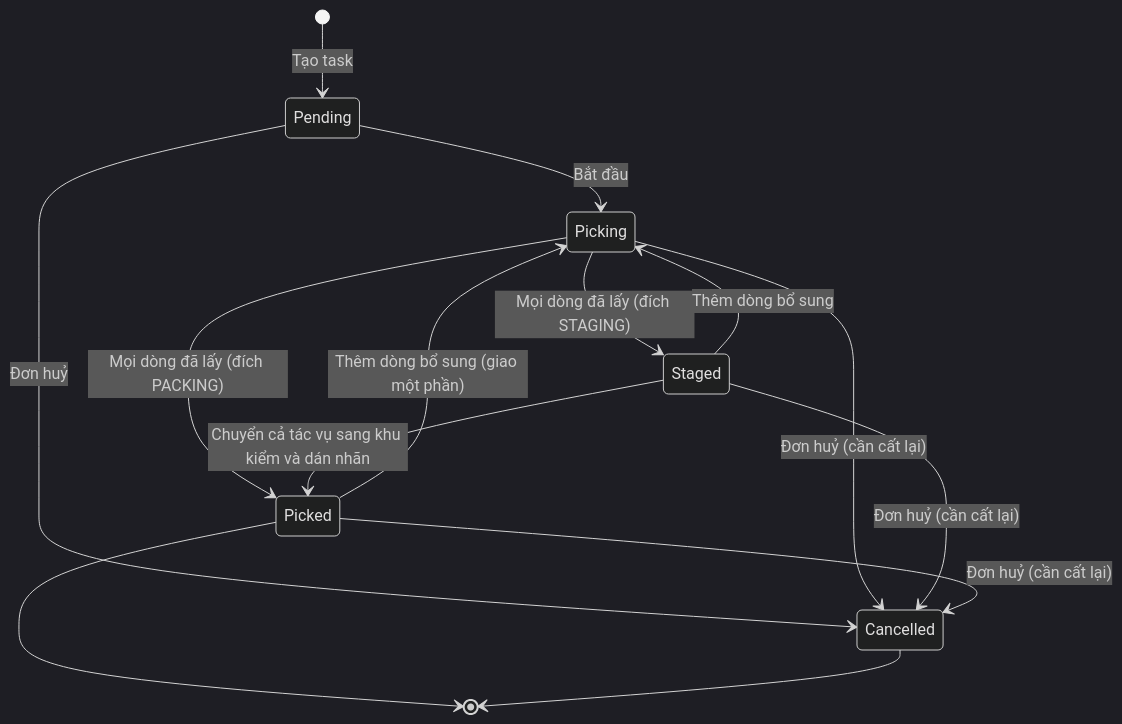
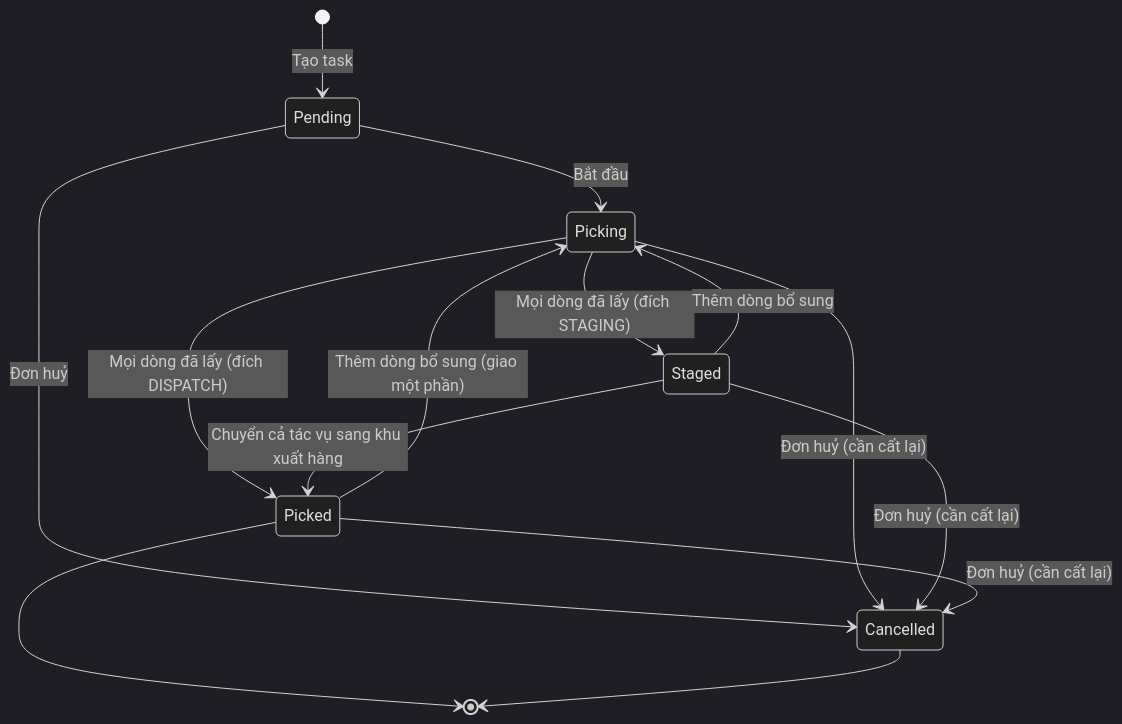
The diagram in docs/warehouse/07-picking/README.md (KLTN-FA26/docs), drawn with Mermaid (dark theme) before and after one commit. The commit also changed other lines of this file and 14 other files, not shown here.

First line of the commit message:
Compute location volumes from the map, merge the packing area into dispatch, drop cold and hazmat classes

````diff
--- a/docs/warehouse/07-picking/README.md
+++ b/docs/warehouse/07-picking/README.md
@@ -149,16 +156,16 @@
 ```mermaid
 stateDiagram-v2
     [*] --> Pending: Tạo task
     Pending --> Picking: Bắt đầu
-    Picking --> Picked: Mọi dòng đã lấy (đích PACKING)
+    Picking --> Picked: Mọi dòng đã lấy (đích DISPATCH)
     Picking --> Staged: Mọi dòng đã lấy (đích STAGING)
     Staged --> Picking: Thêm dòng bổ sung
-    Staged --> Picked: Chuyển cả tác vụ sang khu kiểm và dán nhãn
+    Staged --> Picked: Chuyển cả tác vụ sang khu xuất hàng
     Picked --> Picking: Thêm dòng bổ sung (giao một phần)
     Pending --> Cancelled: Đơn huỷ
     Picking --> Cancelled: Đơn huỷ (cần cất lại)
     Staged --> Cancelled: Đơn huỷ (cần cất lại)
     Picked --> Cancelled: Đơn huỷ (cần cất lại)
     Picked --> [*]
     Cancelled --> [*]
 ```
````
